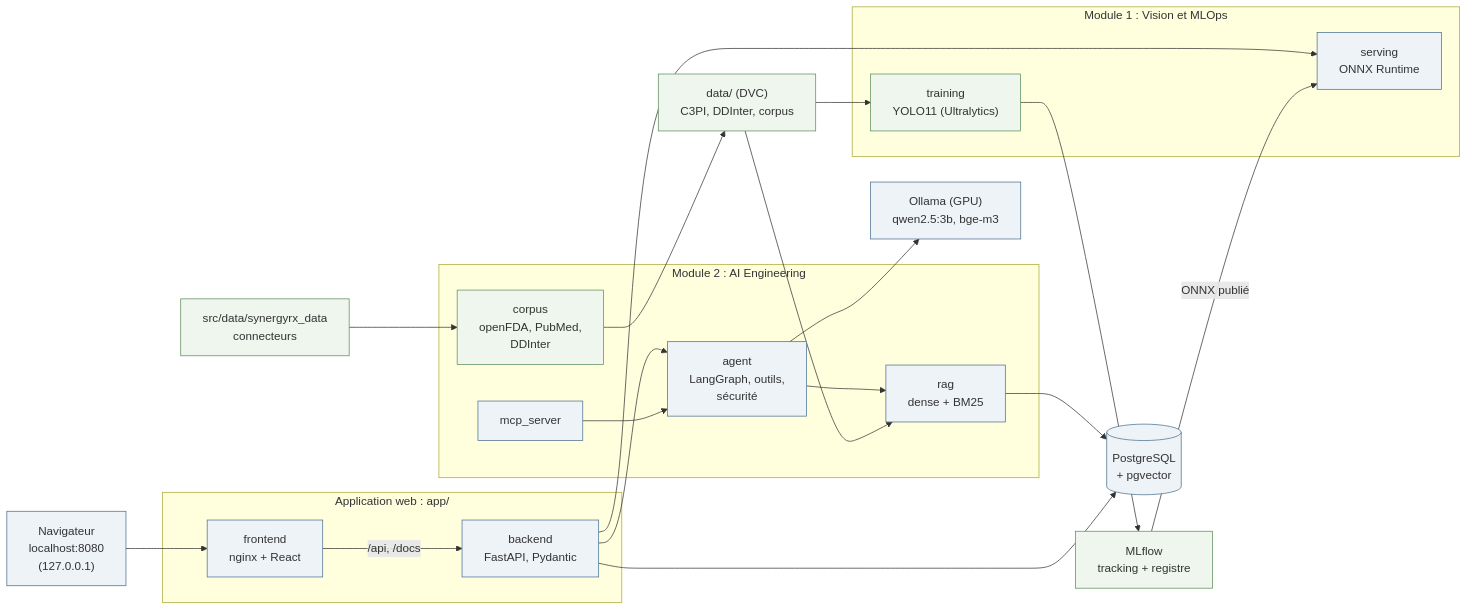
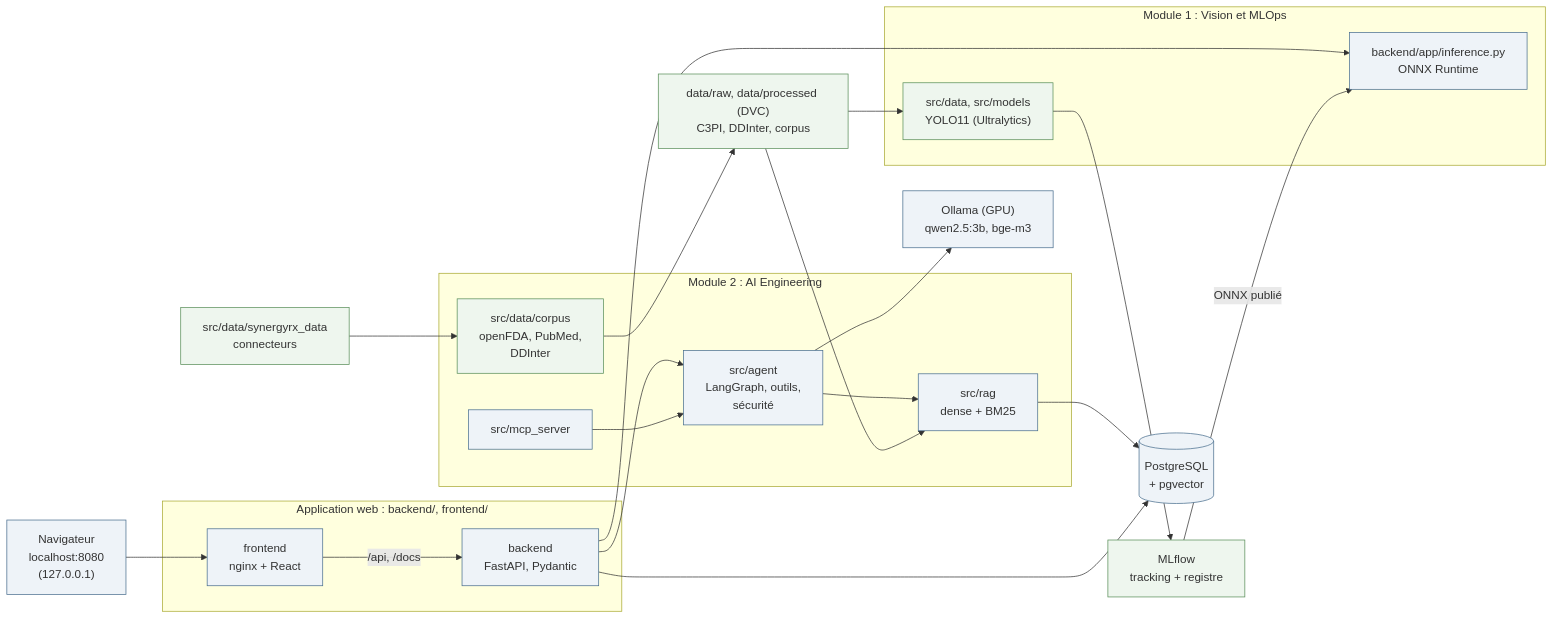
The diagram in docs/diagrams/architecture.mmd (melekbouabid/syRX), drawn with Mermaid before and after one commit. The commit also changed 59 other files, not shown here.

```diff
--- a/docs/diagrams/architecture.mmd
+++ b/docs/diagrams/architecture.mmd
@@ -1,32 +1,32 @@
 flowchart LR
   NAV["Navigateur<br/>localhost:8080<br/>(127.0.0.1)"] --> FE
-  subgraph APP["Application web : app/"]
+  subgraph APP["Application web : backend/, frontend/"]
     FE["frontend<br/>nginx + React"] -- "/api, /docs" --> BE["backend<br/>FastAPI, Pydantic"]
   end
   subgraph M1["Module 1 : Vision et MLOps"]
-    SCAN["serving<br/>ONNX Runtime"]
-    TR["training<br/>YOLO11 (Ultralytics)"]
+    SCAN["backend/app/inference.py<br/>ONNX Runtime"]
+    TR["src/data, src/models<br/>YOLO11 (Ultralytics)"]
   end
   subgraph M2["Module 2 : AI Engineering"]
-    AG["agent<br/>LangGraph, outils,<br/>sécurité"]
-    MCP["mcp_server"]
-    RAG["rag<br/>dense + BM25"]
-    CORP["corpus<br/>openFDA, PubMed,<br/>DDInter"]
+    AG["src/agent<br/>LangGraph, outils,<br/>sécurité"]
+    MCP["src/mcp_server"]
+    RAG["src/rag<br/>dense + BM25"]
+    CORP["src/data/corpus<br/>openFDA, PubMed,<br/>DDInter"]
   end
   BE --> SCAN
   BE --> AG
   MCP --> AG
   AG --> RAG
   AG --> OL["Ollama (GPU)<br/>qwen2.5:3b, bge-m3"]
   RAG --> PG[("PostgreSQL<br/>+ pgvector")]
   BE --> PG
   TR --> MLF["MLflow<br/>tracking + registre"]
   MLF -- "ONNX publié" --> SCAN
-  DATA["data/ (DVC)<br/>C3PI, DDInter, corpus"] --> TR
+  DATA["data/raw, data/processed (DVC)<br/>C3PI, DDInter, corpus"] --> TR
   CORP --> DATA
   DATA --> RAG
   PIPE["src/data/synergyrx_data<br/>connecteurs"] --> CORP
   classDef ops fill:#eef6ee,stroke:#5a8f5a
   classDef app fill:#eef3f8,stroke:#4a6f8f
   class DATA,TR,MLF,PIPE,CORP ops
   class NAV,FE,BE,SCAN,AG,OL,PG,MCP,RAG app
```
